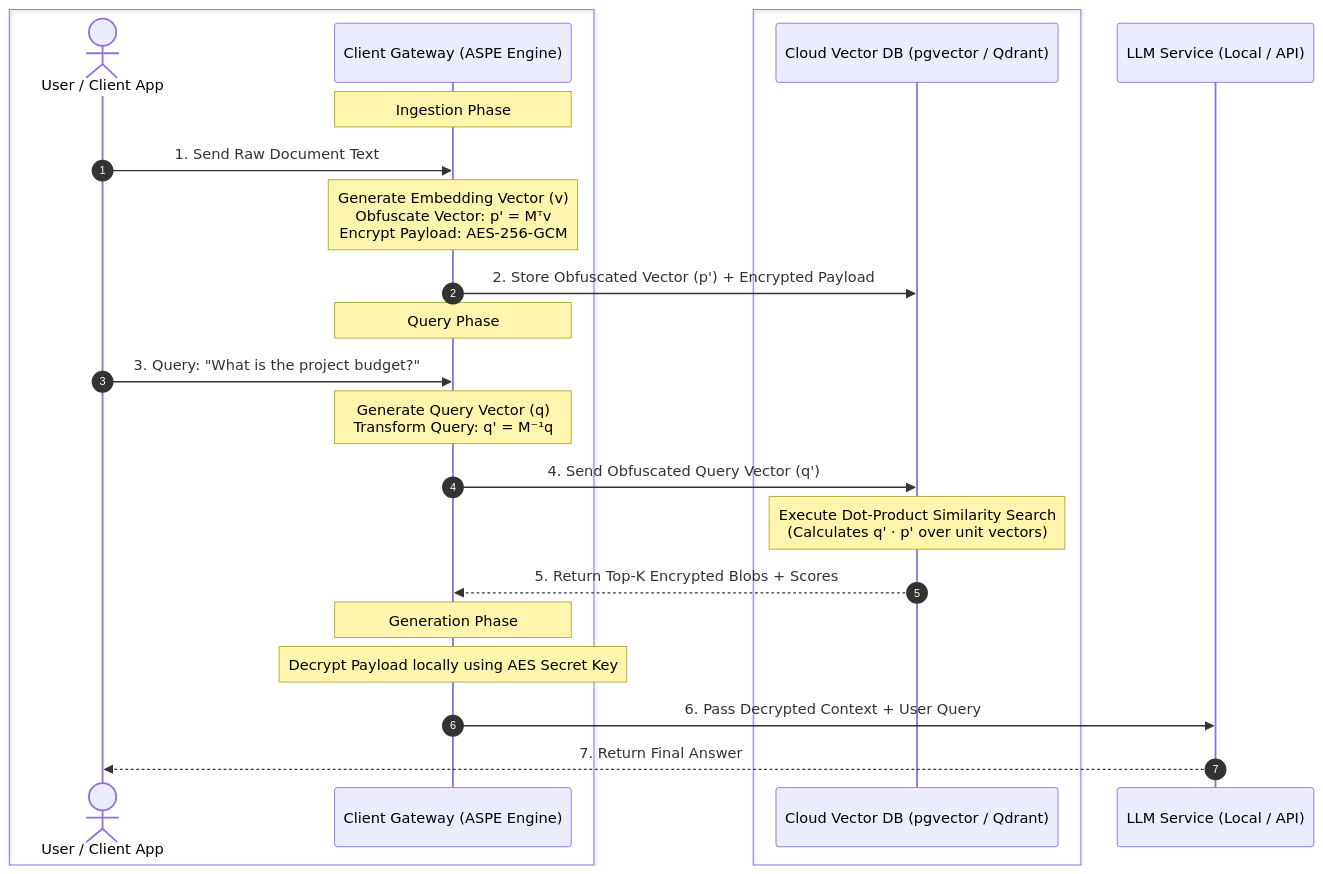
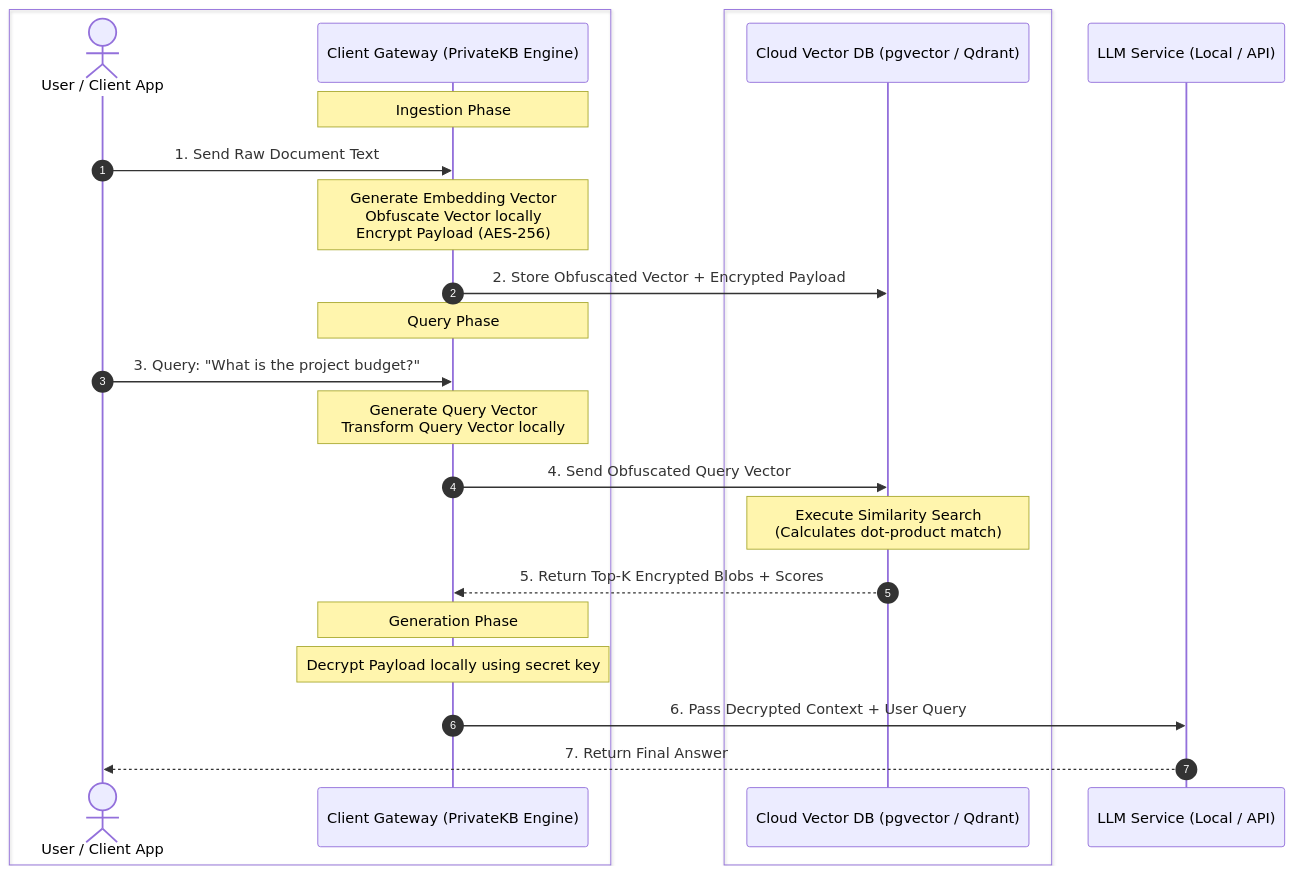
The diagram in README.md (VXRealLimited/private_kb), drawn with Mermaid before and after one commit. The commit also changed other lines of this file and 5 other files, not shown here.

````diff
--- a/README.md
+++ b/README.md
@@ -13,34 +13,34 @@
 ```mermaid
 sequenceDiagram
     autonumber
     actor User as User / Client App
-    participant Gateway as Client Gateway (ASPE Engine)
+    participant Gateway as Client Gateway (PrivateKB Engine)
     participant Cloud as Cloud Vector DB (pgvector / Qdrant)
     participant LLM as LLM Service (Local / API)
 
     box #f0f8ff Client-Side Trust Boundary (Your Network)
     actor User
     participant Gateway
     end
 
     box #fff5ee Untrusted Cloud Boundary
     participant Cloud
     end
 
     Note over Gateway: Ingestion Phase
     User->>Gateway: 1. Send Raw Document Text
-    Note over Gateway: Generate Embedding Vector (v)<br/>Obfuscate Vector: p' = Mᵀv<br/>Encrypt Payload: AES-256-GCM
-    Gateway->>Cloud: 2. Store Obfuscated Vector (p') + Encrypted Payload
+    Note over Gateway: Generate Embedding Vector<br/>Obfuscate Vector locally<br/>Encrypt Payload (AES-256)
+    Gateway->>Cloud: 2. Store Obfuscated Vector + Encrypted Payload
 
     Note over Gateway: Query Phase
     User->>Gateway: 3. Query: "What is the project budget?"
-    Note over Gateway: Generate Query Vector (q)<br/>Transform Query: q' = M⁻¹q
-    Gateway->>Cloud: 4. Send Obfuscated Query Vector (q')
-    Note over Cloud: Execute Dot-Product Similarity Search<br/>(Calculates q' · p' over unit vectors)
+    Note over Gateway: Generate Query Vector<br/>Transform Query Vector locally
+    Gateway->>Cloud: 4. Send Obfuscated Query Vector
+    Note over Cloud: Execute Similarity Search<br/>(Calculates dot-product match)
     Cloud-->>Gateway: 5. Return Top-K Encrypted Blobs + Scores
 
     Note over Gateway: Generation Phase
-    Note over Gateway: Decrypt Payload locally using AES Secret Key
+    Note over Gateway: Decrypt Payload locally using secret key
     Gateway->>LLM: 6. Pass Decrypted Context + User Query
     LLM-->>User: 7. Return Final Answer
 ```
````
